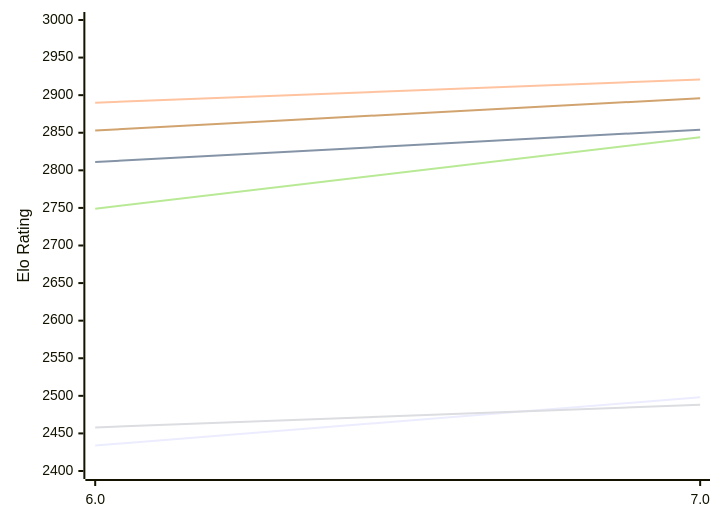
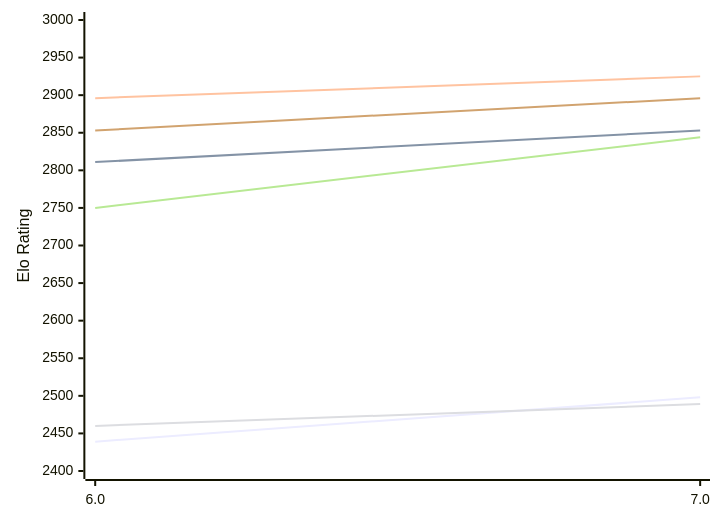
One commit to computer-chess-index/cci changed the first of 2 diagrams in engines/tomitankChess.md. Above: the diagram before and after it, drawn with Mermaid. The commit also changed other lines of this file, not shown here.

Commit message:
Update CCI Ratings (ELO VLTC) - 2026-11-28

````diff
--- a/engines/tomitankChess.md
+++ b/engines/tomitankChess.md
@@ -51,12 +51,12 @@
 ```mermaid
 %%{init: {"theme":"base","themeVariables":{"seriesColors:['#a3a3a3','#222221','#faa371']}}}%%
 xychart-beta
   x-axis ["6.0", "7.0"]
   y-axis "Elo Rating" 2400 --> 3000
-  line "E1: STC (8.0+0.08s)" [2434, 2498]
-  line "E1: LTC (60.0+0.60s)" [2811, 2854]
-  line "E1: VLTC (2m24s+1.12s)" [2890, 2921]
-  line "P1: STC (8.0+0.08s)" [2458, 2488]
-  line "P1: LTC (60.0+0.60s)" [2749, 2844]
+  line "E1: STC (8.0+0.08s)" [2439, 2498]
+  line "E1: LTC (60.0+0.60s)" [2811, 2853]
+  line "E1: VLTC (2m24s+1.12s)" [2896, 2925]
+  line "P1: STC (8.0+0.08s)" [2460, 2489]
+  line "P1: LTC (60.0+0.60s)" [2750, 2844]
   line "P1: VLTC (2m24s+1.12s)" [2853, 2896]
 ```
````
